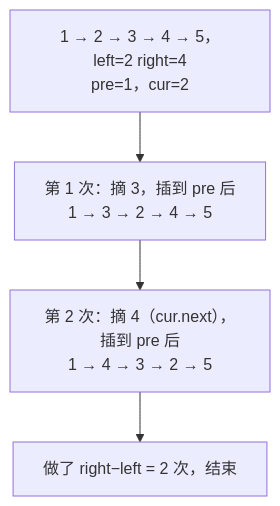
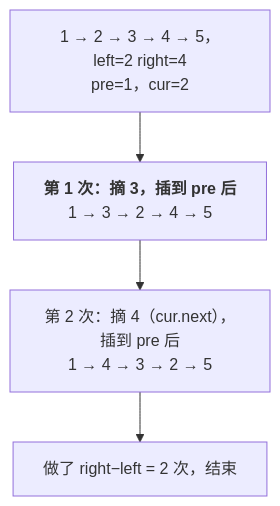
One commit to arganzheng/arganzheng.github.com changed the first of 3 diagrams in _posts/2025-12-05-coding-interview-linked-list.md. Above: the diagram before and after it, drawn with Mermaid. The commit also changed 12 other files, not shown here.

First line of the commit message:
面试手撕代码：从 LeetCode 中等题到 Transformer 组件：Mermaid 多行方框的首行标为标题（13 篇）

````diff
--- a/_posts/2025-12-05-coding-interview-linked-list.md
+++ b/_posts/2025-12-05-coding-interview-linked-list.md
@@ -183,6 +183,6 @@
 ```mermaid
 flowchart TB
-    A["1 → 2 → 3 → 4 → 5，left=2 right=4<br>pre=1，cur=2"] --> B["第 1 次：摘 3，插到 pre 后<br>1 → 3 → 2 → 4 → 5"]
+    A["1 → 2 → 3 → 4 → 5，left=2 right=4<br>pre=1，cur=2"] --> B["<b>第 1 次：摘 3，插到 pre 后</b><br>1 → 3 → 2 → 4 → 5"]
     B --> C["第 2 次：摘 4（cur.next），插到 pre 后<br>1 → 4 → 3 → 2 → 5"]
     C --> D["做了 right−left = 2 次，结束"]
 ```
````
